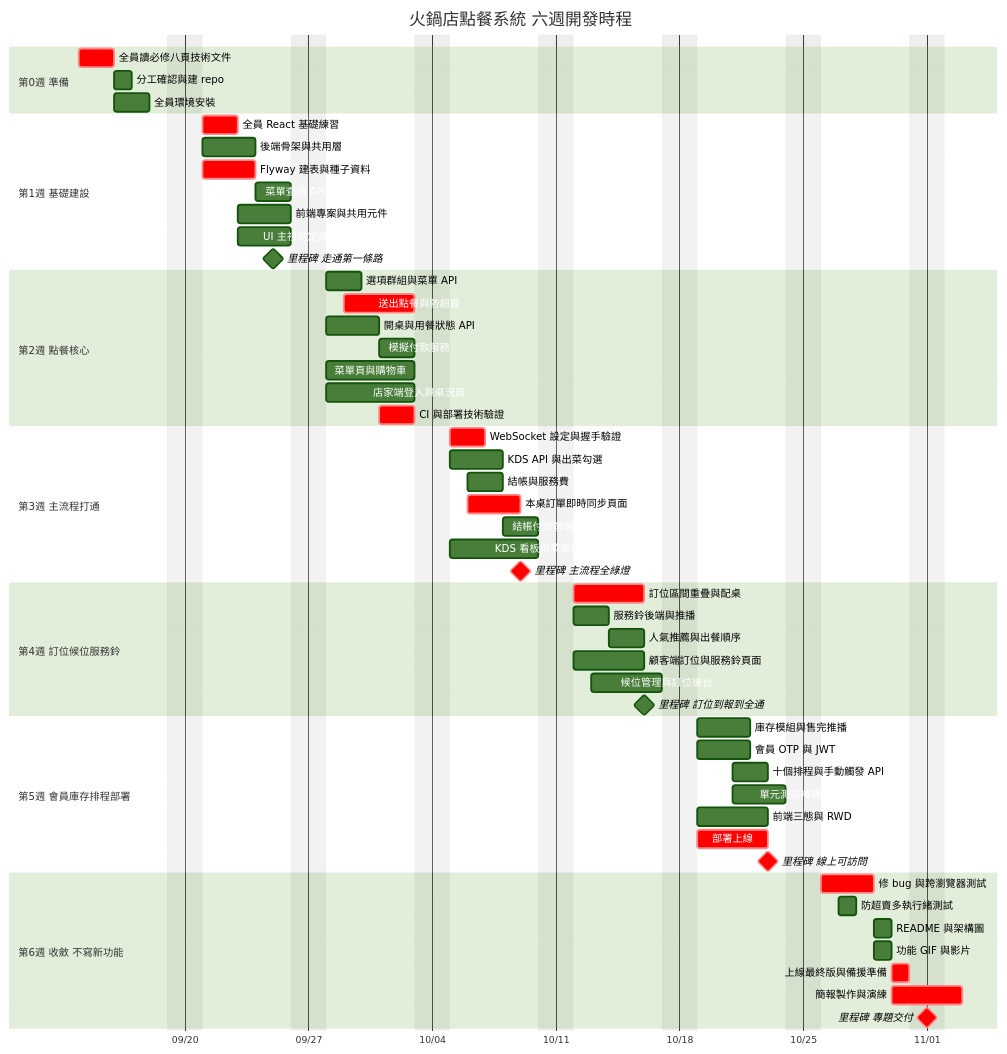
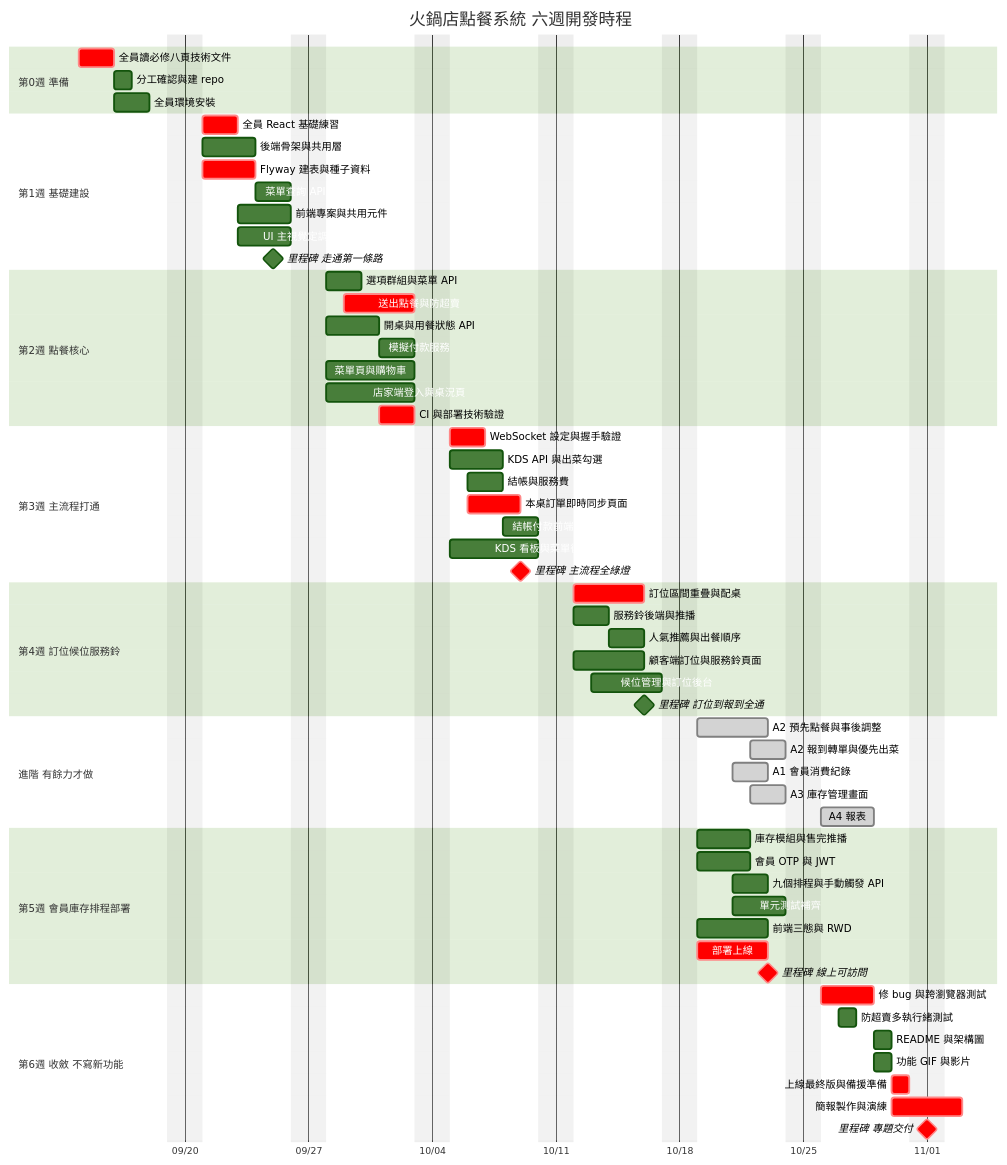
Before and after one commit to harry-wann/smart-order: the fifth of 15 diagrams in docs/spec/06-圖表總覽.md, drawn with Mermaid (forest theme). The commit also changed other lines of this file and 119 other files, not shown here.

````diff
--- a/docs/spec/06-圖表總覽.md
+++ b/docs/spec/06-圖表總覽.md
@@ -276,65 +278,72 @@
 ```mermaid
 gantt
     title 火鍋店點餐系統 六週開發時程
     dateFormat YYYY-MM-DD
     axisFormat %m/%d
     excludes weekends
 
     section 第0週 準備
     全員讀必修八頁技術文件  :crit, d0, 2026-09-14, 2d
     分工確認與建 repo       :a0, 2026-09-16, 1d
     全員環境安裝            :a1, 2026-09-16, 2d
 
     section 第1週 基礎建設
     全員 React 基礎練習      :crit, b1, 2026-09-21, 2d
     後端骨架與共用層         :b2, 2026-09-21, 3d
     Flyway 建表與種子資料     :crit, b3, 2026-09-21, 3d
     菜單查詢 API            :b4, 2026-09-24, 2d
     前端專案與共用元件       :b5, 2026-09-23, 3d
     UI 主視覺定調           :b6, 2026-09-23, 3d
     里程碑 走通第一條路      :milestone, m1, 2026-09-25, 0d
 
     section 第2週 點餐核心
     選項群組與菜單 API       :c1, 2026-09-28, 2d
     送出點餐與防超賣         :crit, c2, 2026-09-29, 4d
     開桌與用餐狀態 API       :c3, 2026-09-28, 3d
     模擬付款服務            :c4, 2026-10-01, 2d
     菜單頁與購物車          :c5, 2026-09-28, 5d
     店家端登入與桌況頁       :c6, 2026-09-28, 5d
     CI 與部署技術驗證        :crit, c7, 2026-10-01, 2d
 
     section 第3週 主流程打通
     WebSocket 設定與握手驗證  :crit, e0, 2026-10-05, 2d
     KDS API 與出菜勾選       :e2, 2026-10-05, 3d
     結帳與服務費            :e1, 2026-10-06, 2d
     本桌訂單即時同步頁面      :crit, e3, 2026-10-06, 3d
     結帳付款前端            :e4, 2026-10-08, 2d
     KDS 看板與菜單後台       :e5, 2026-10-05, 5d
     里程碑 主流程全綠燈      :crit, milestone, m2, 2026-10-09, 0d
 
     section 第4週 訂位候位服務鈴
     訂位區間重疊與配桌       :crit, f2, 2026-10-12, 4d
     服務鈴後端與推播         :f1, 2026-10-12, 2d
     人氣推薦與出餐順序       :f3, 2026-10-14, 2d
     顧客端訂位與服務鈴頁面    :f4, 2026-10-12, 4d
     候位管理與訂位後台       :f5, 2026-10-13, 4d
     里程碑 訂位到報到全通    :milestone, m3, 2026-10-16, 0d
 
+    section 進階 有餘力才做
+    A2 預先點餐與事後調整     :done, x1, 2026-10-19, 4d
+    A2 報到轉單與優先出菜     :done, x2, 2026-10-22, 2d
+    A1 會員消費紀錄          :done, x3, 2026-10-21, 2d
+    A3 庫存管理畫面          :done, x5, 2026-10-22, 2d
+    A4 報表                 :done, x6, 2026-10-26, 3d
+
     section 第5週 會員庫存排程部署
     庫存模組與售完推播       :g1, 2026-10-19, 3d
     會員 OTP 與 JWT         :g5, 2026-10-19, 3d
-    十個排程與手動觸發 API    :g6, 2026-10-21, 2d
+    九個排程與手動觸發 API    :g6, 2026-10-21, 2d
     單元測試補齊            :g3, 2026-10-21, 3d
     前端三態與 RWD          :g4, 2026-10-19, 4d
     部署上線                :crit, g2, 2026-10-19, 4d
     里程碑 線上可訪問        :crit, milestone, m4, 2026-10-23, 0d
 
     section 第6週 收斂 不寫新功能
     修 bug 與跨瀏覽器測試     :crit, h1, 2026-10-26, 3d
     防超賣多執行緒測試       :h6, 2026-10-27, 1d
     README 與架構圖         :h2, 2026-10-29, 1d
     功能 GIF 與影片         :h3, 2026-10-29, 1d
     上線最終版與備援準備      :crit, h4, 2026-10-30, 1d
     簡報製作與演練          :crit, h5, 2026-10-30, 2d
     里程碑 專題交付         :crit, milestone, m5, 2026-11-01, 0d
 ```
````
